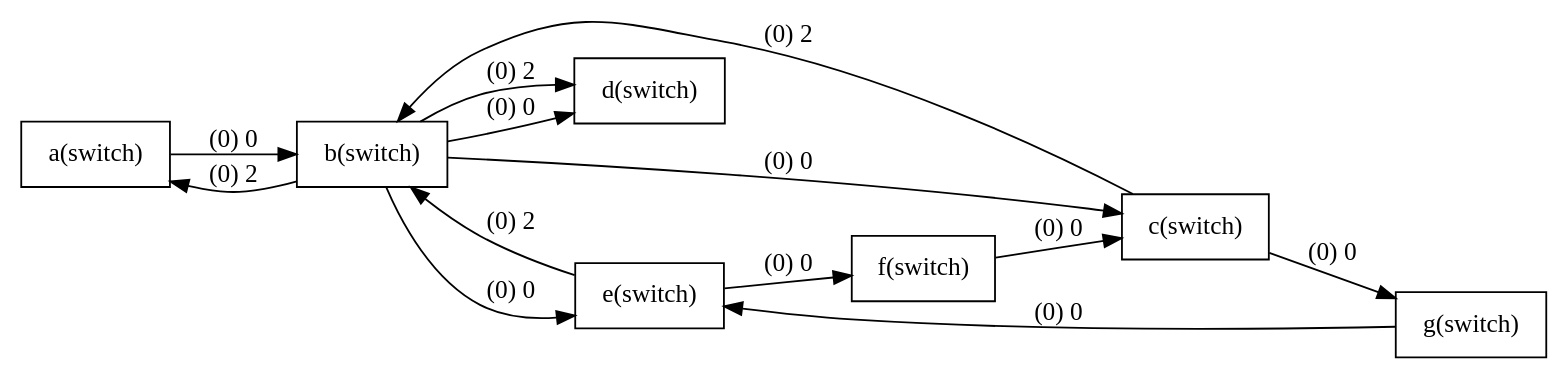
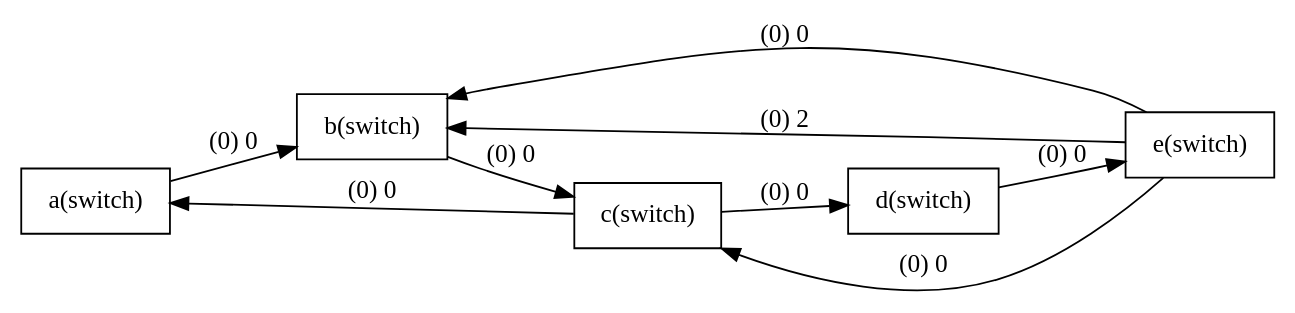
Before and after one commit to henry19970416/2019-spring-gt: the diagram in plot.dot, drawn with Graphviz. The commit also changed 2 other files, not shown here.

```diff
--- a/plot.dot
+++ b/plot.dot
@@ -1,42 +1,30 @@
 digraph G{
 rankdir=LR;
 node [shape=record];
 
 a [label="a(switch)"];
 b [label="b(switch)"];
 a->b[label="(0) 0"];
 b [label="b(switch)"];
 c [label="c(switch)"];
 b->c[label="(0) 0"];
+c [label="c(switch)"];
+a [label="a(switch)"];
+c->a[label="(0) 0"];
+c [label="c(switch)"];
+d [label="d(switch)"];
+c->d[label="(0) 0"];
+d [label="d(switch)"];
+e [label="e(switch)"];
+d->e[label="(0) 0"];
+e [label="e(switch)"];
 b [label="b(switch)"];
-d [label="d(switch)"];
-b->d[label="(0) 0"];
-b [label="b(switch)"];
+e->b[label="(0) 0"];
 e [label="e(switch)"];
-b->e[label="(0) 0"];
-e [label="e(switch)"];
-f [label="f(switch)"];
-e->f[label="(0) 0"];
-f [label="f(switch)"];
 c [label="c(switch)"];
-f->c[label="(0) 0"];
-c [label="c(switch)"];
-g [label="g(switch)"];
-c->g[label="(0) 0"];
-g [label="g(switch)"];
-e [label="e(switch)"];
-g->e[label="(0) 0"];
-b [label="b(switch)"];
-a [label="a(switch)"];
-b->a[label="(0) 2"];
-c [label="c(switch)"];
-b [label="b(switch)"];
-c->b[label="(0) 2"];
-b [label="b(switch)"];
-d [label="d(switch)"];
-b->d[label="(0) 2"];
+e->c[label="(0) 0"];
 e [label="e(switch)"];
 b [label="b(switch)"];
 e->b[label="(0) 2"];
 
 }
```
